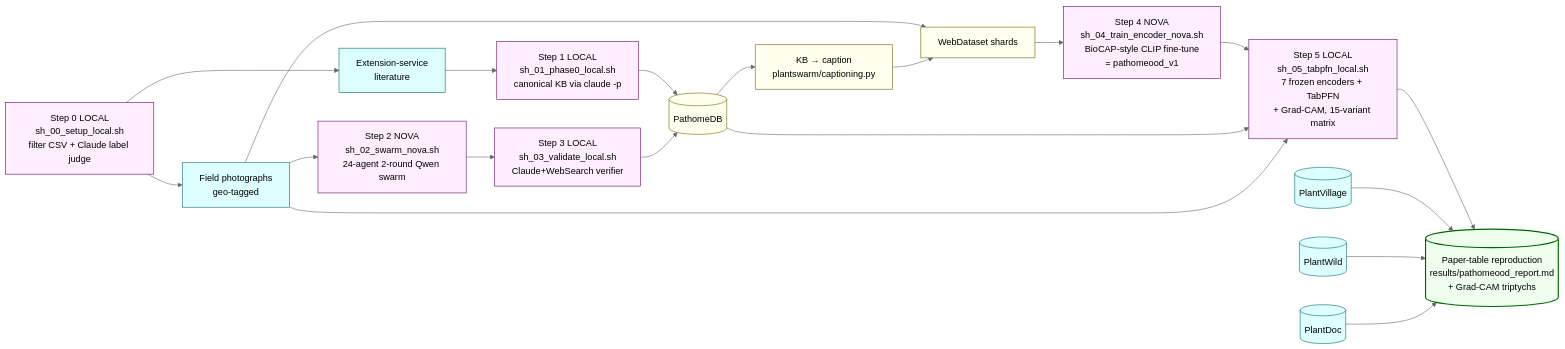
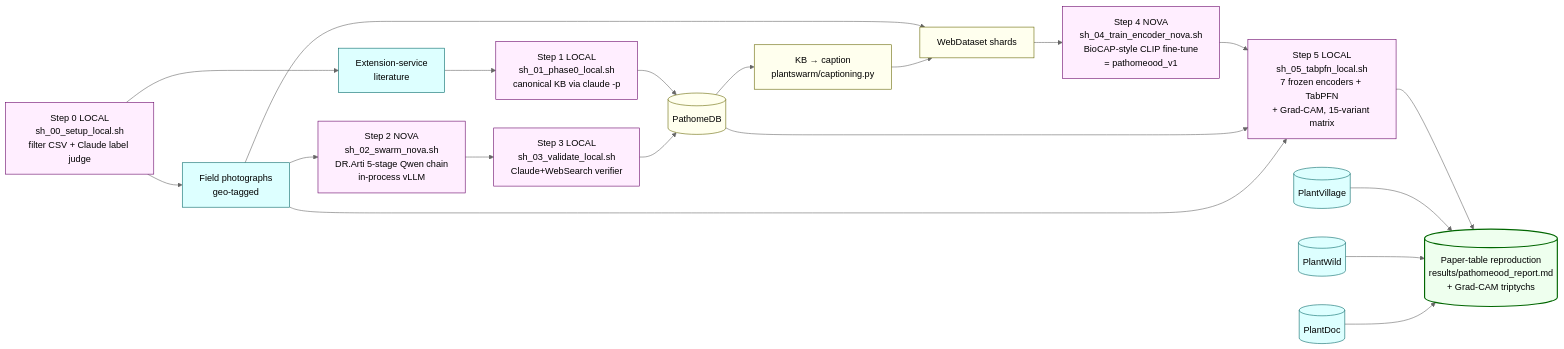
One commit to tirtho149/PRESAGE changed the fifth of 5 diagrams in PIPELINE.md. Above: the diagram before and after it, drawn with Mermaid (neutral theme). The commit also changed other lines of this file and 8 other files, not shown here.

First line of the commit message:
Phase 0R: in-process vLLM + DR.Arti 5-stage look-alike chain

````diff
--- a/PIPELINE.md
+++ b/PIPELINE.md
@@ -645,44 +591,44 @@
 ```mermaid
 flowchart LR
     L[Extension-service<br/>literature]
     F[Field photographs<br/>geo-tagged]
     S0[Step 0 LOCAL<br/>sh_00_setup_local.sh<br/>filter CSV + Claude label judge]
     S1[Step 1 LOCAL<br/>sh_01_phase0_local.sh<br/>canonical KB via claude -p]
-    S2[Step 2 NOVA<br/>sh_02_swarm_nova.sh<br/>24-agent 2-round Qwen swarm]
+    S2[Step 2 NOVA<br/>sh_02_swarm_nova.sh<br/>DR.Arti 5-stage Qwen chain<br/>in-process vLLM]
     S3[Step 3 LOCAL<br/>sh_03_validate_local.sh<br/>Claude+WebSearch verifier]
     DB[(PathomeDB)]
     CAP[KB → caption<br/>plantswarm/captioning.py]
     SH[WebDataset shards]
     S4[Step 4 NOVA<br/>sh_04_train_encoder_nova.sh<br/>BioCAP-style CLIP fine-tune<br/>= pathomeood_v1]
     S5[Step 5 LOCAL<br/>sh_05_tabpfn_local.sh<br/>7 frozen encoders + TabPFN<br/>+ Grad-CAM, 15-variant matrix]
     PV[(PlantVillage)]
     PW[(PlantWild)]
     PD[(PlantDoc)]
     OUT[(Paper-table reproduction<br/>results/pathomeood_report.md<br/>+ Grad-CAM triptychs)]
 
     S0 --> L
     S0 --> F
     L --> S1 --> DB
     F --> S2 --> S3 --> DB
     DB --> CAP
     F --> SH
     CAP --> SH
     SH --> S4
     S4 --> S5
     DB --> S5
     F --> S5
     S5 --> OUT
     PV --> OUT
     PW --> OUT
     PD --> OUT
 
     classDef src fill:#dff,stroke:#066
     classDef stage fill:#fef,stroke:#606
     classDef kb fill:#ffe,stroke:#660
     classDef eval fill:#fde,stroke:#a06
     classDef out fill:#efe,stroke:#060,stroke-width:2px
     class L,F,PV,PW,PD src
     class S0,S1,S2,S3,S4,S5 stage
     class DB,CAP,SH kb
     class OUT out
 ```
````
